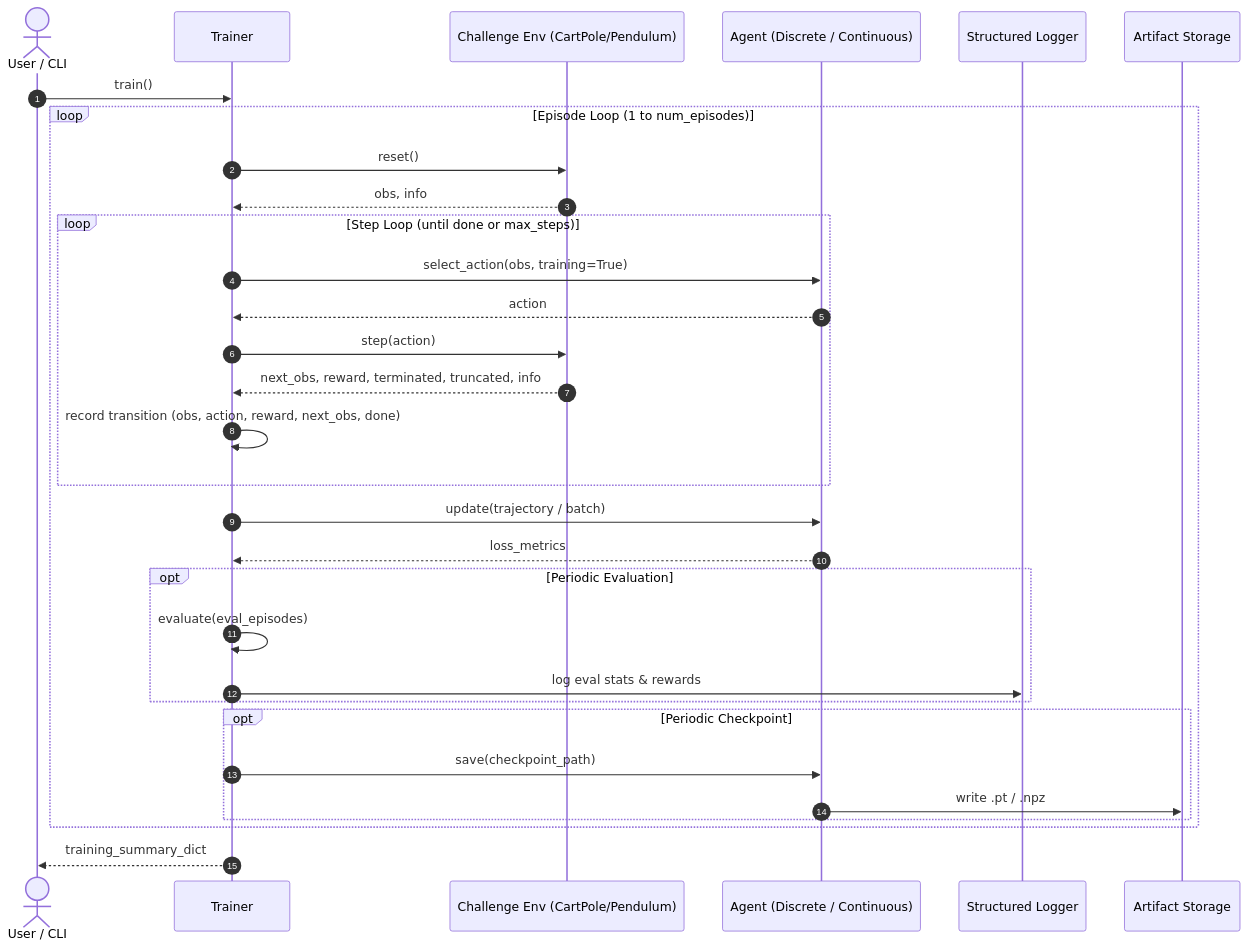
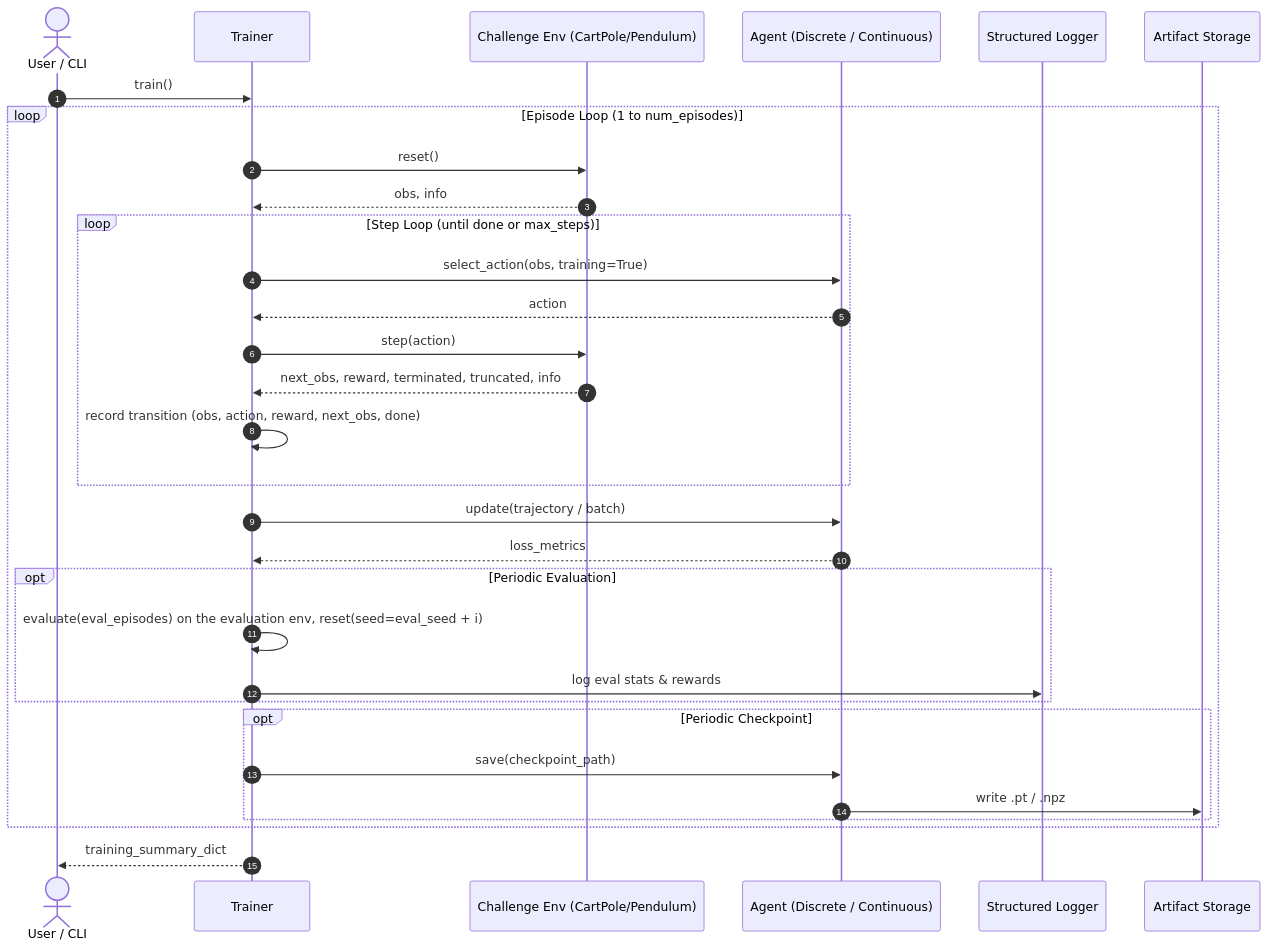
The third of 3 diagrams in ARCHITECTURE.md (andreijw/AI), drawn with Mermaid before and after one commit. The commit also changed other lines of this file and 16 other files, not shown here.

````diff
--- a/ARCHITECTURE.md
+++ b/ARCHITECTURE.md
@@ -232,34 +239,34 @@
 ```mermaid
 sequenceDiagram
     autonumber
     actor User as User / CLI
     participant Trainer as Trainer
     participant Env as Challenge Env (CartPole/Pendulum)
     participant Agent as Agent (Discrete / Continuous)
     participant Logger as Structured Logger
     participant Disk as Artifact Storage
 
     User->>Trainer: train()
     loop Episode Loop (1 to num_episodes)
         Trainer->>Env: reset()
         Env-->>Trainer: obs, info
         loop Step Loop (until done or max_steps)
             Trainer->>Agent: select_action(obs, training=True)
             Agent-->>Trainer: action
             Trainer->>Env: step(action)
             Env-->>Trainer: next_obs, reward, terminated, truncated, info
             Trainer->>Trainer: record transition (obs, action, reward, next_obs, done)
         end
         Trainer->>Agent: update(trajectory / batch)
         Agent-->>Trainer: loss_metrics
         opt Periodic Evaluation
-            Trainer->>Trainer: evaluate(eval_episodes)
+            Trainer->>Trainer: evaluate(eval_episodes) on the evaluation env, reset(seed=eval_seed + i)
             Trainer->>Logger: log eval stats & rewards
         end
         opt Periodic Checkpoint
             Trainer->>Agent: save(checkpoint_path)
             Agent->>Disk: write .pt / .npz
         end
     end
     Trainer-->>User: training_summary_dict
 ```
````
